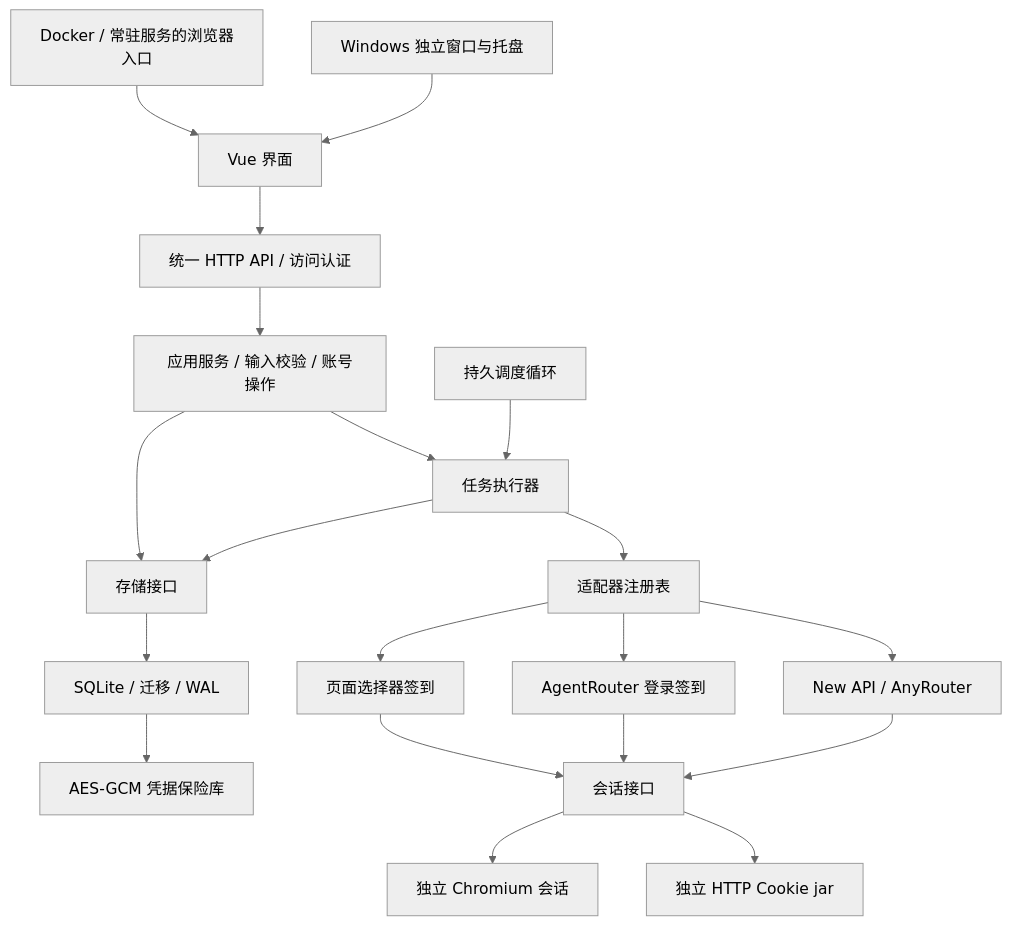
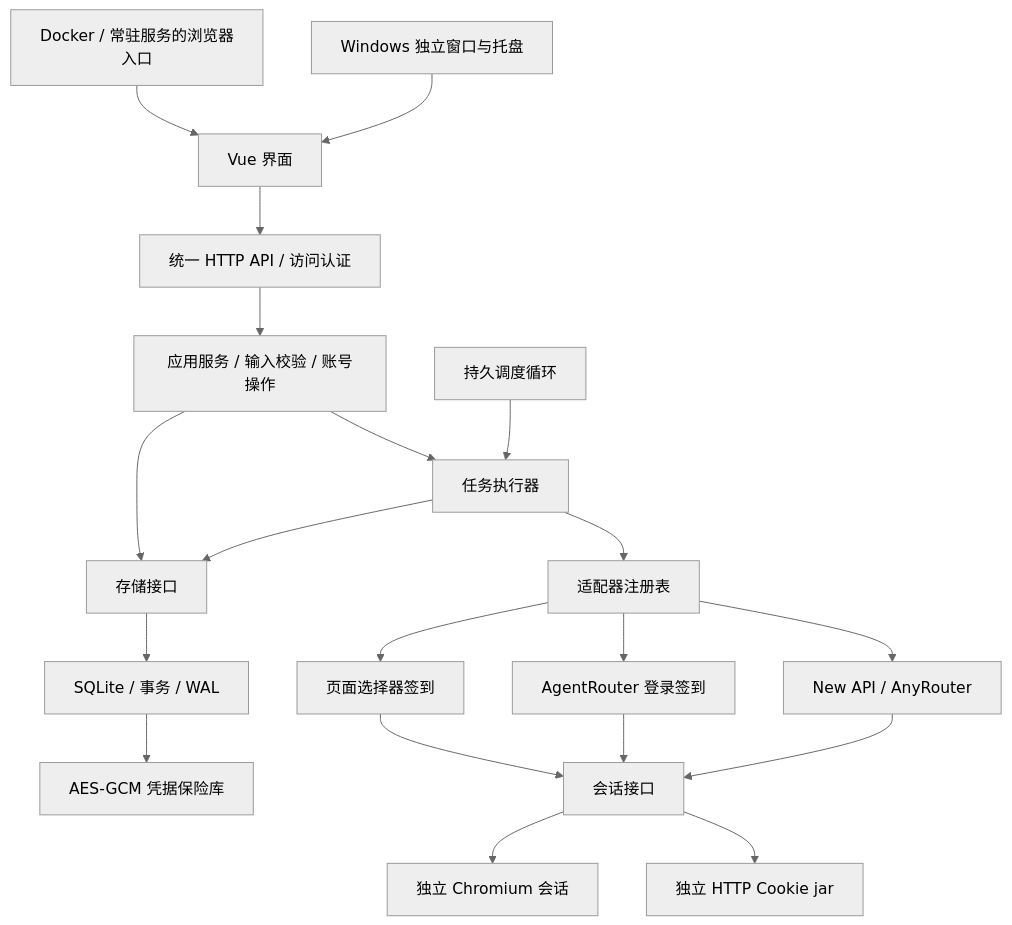
Before and after one commit to sck03/auto-check-in: the first of 2 diagrams in docs/architecture.md, drawn with Mermaid (neutral theme). The commit also changed other lines of this file and 29 other files, not shown here.

````diff
--- a/docs/architecture.md
+++ b/docs/architecture.md
@@ -13,22 +13,22 @@
 ```mermaid
 flowchart TD
     Desktop[Windows 独立窗口与托盘] --> UI[Vue 界面]
     Browser[Docker / 常驻服务的浏览器入口] --> UI
     UI --> API[统一 HTTP API / 访问认证]
     API --> App[应用服务 / 输入校验 / 账号操作]
     Clock[持久调度循环] --> Engine[任务执行器]
     App --> Engine
     Engine --> Registry[适配器注册表]
     Registry --> NewAPI[New API / AnyRouter]
     Registry --> Agent[AgentRouter 登录签到]
     Registry --> Page[页面选择器签到]
     NewAPI --> Session[会话接口]
     Agent --> Session
     Page --> Session
     Session --> HTTP[独立 HTTP Cookie jar]
     Session --> CDP[独立 Chromium 会话]
     App --> Repository[存储接口]
     Engine --> Repository
-    Repository --> SQLite[SQLite / 迁移 / WAL]
+    Repository --> SQLite[SQLite / 事务 / WAL]
     SQLite --> Vault[AES-GCM 凭据保险库]
 ```
````
